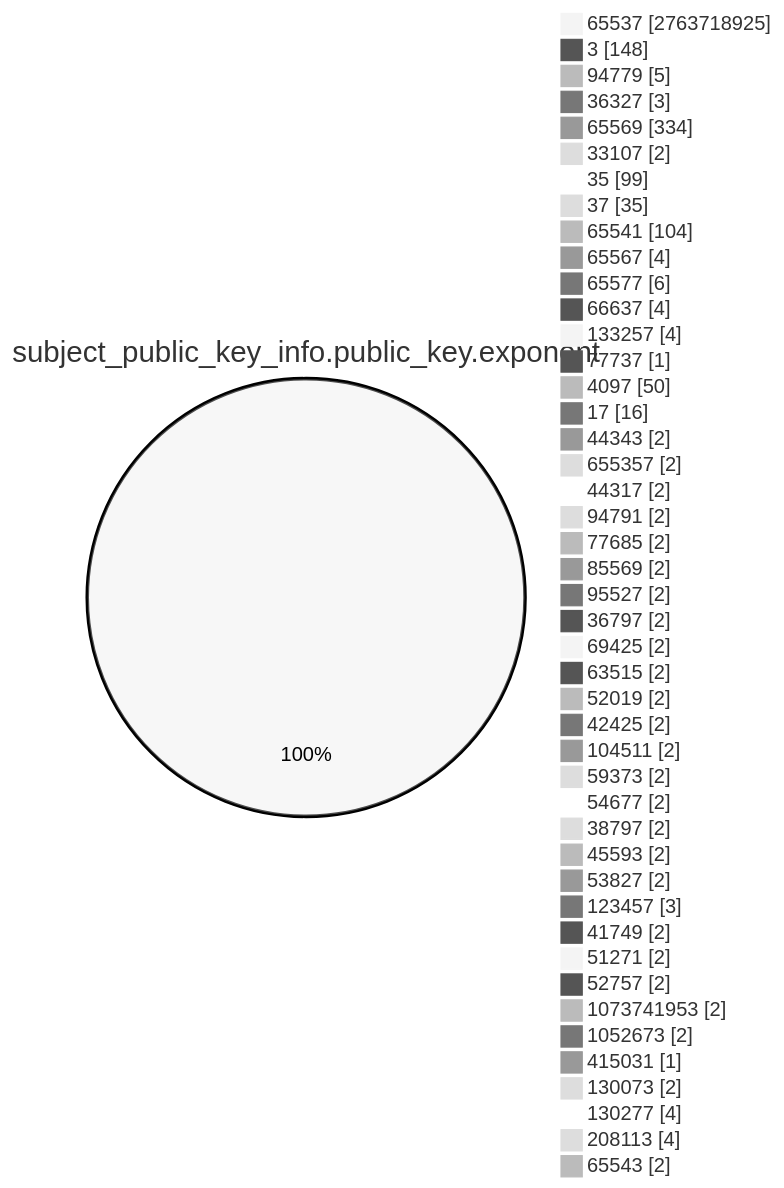
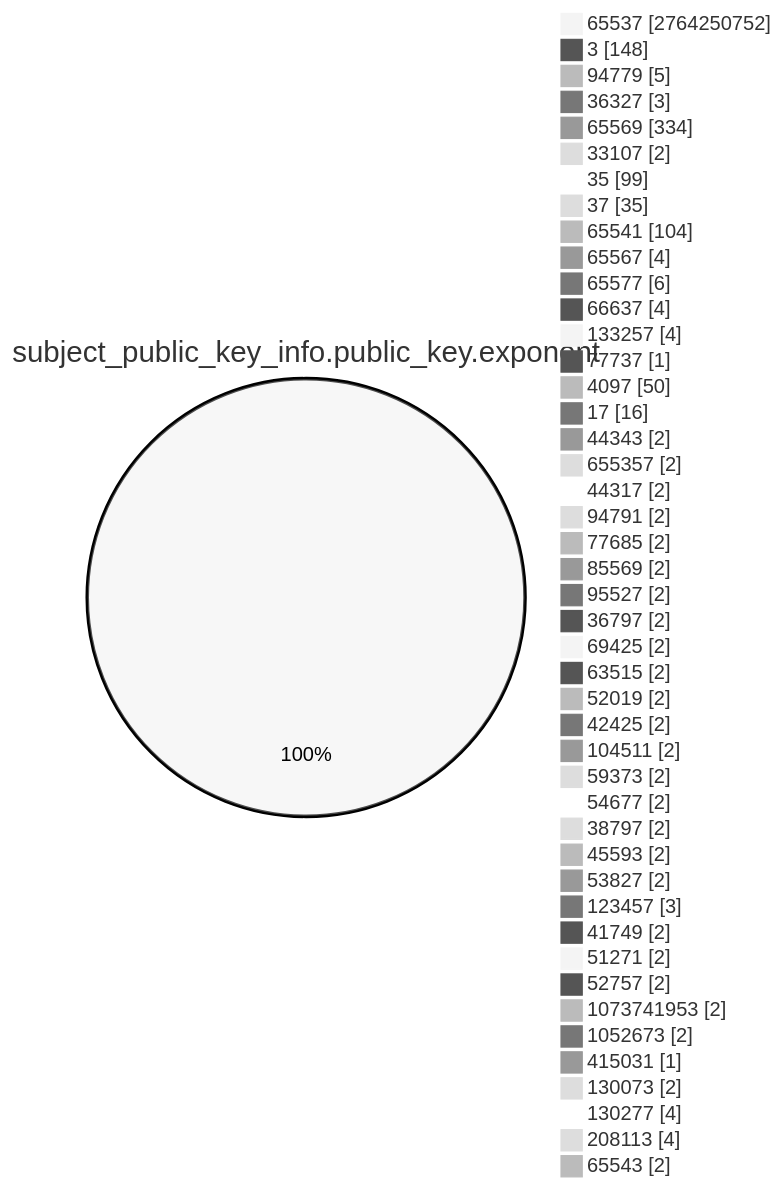
The fourth of 15 diagrams in TOTAL/README.md (christiankrug/ctmonitor_visualization), drawn with Mermaid (neutral theme) before and after one commit. The commit also changed other lines of this file, not shown here.

````diff
--- a/TOTAL/README.md
+++ b/TOTAL/README.md
@@ -1467,49 +1467,49 @@
 ```mermaid
 pie showData
 title subject_public_key_info.public_key.exponent
-"65537" :2763718925
+"65537" :2764250752
 "3" :148
 "94779" :5
 "36327" :3
 "65569" :334
 "33107" :2
 "35" :99
 "37" :35
 "65541" :104
 "65567" :4
 "65577" :6
 "66637" :4
 "133257" :4
 "77737" :1
 "4097" :50
 "17" :16
 "44343" :2
 "655357" :2
 "44317" :2
 "94791" :2
 "77685" :2
 "85569" :2
 "95527" :2
 "36797" :2
 "69425" :2
 "63515" :2
 "52019" :2
 "42425" :2
 "104511" :2
 "59373" :2
 "54677" :2
 "38797" :2
 "45593" :2
 "53827" :2
 "123457" :3
 "41749" :2
 "51271" :2
 "52757" :2
 "1073741953" :2
 "1052673" :2
 "415031" :1
 "130073" :2
 "130277" :4
 "208113" :4
 "65543" :2
 ```
````
